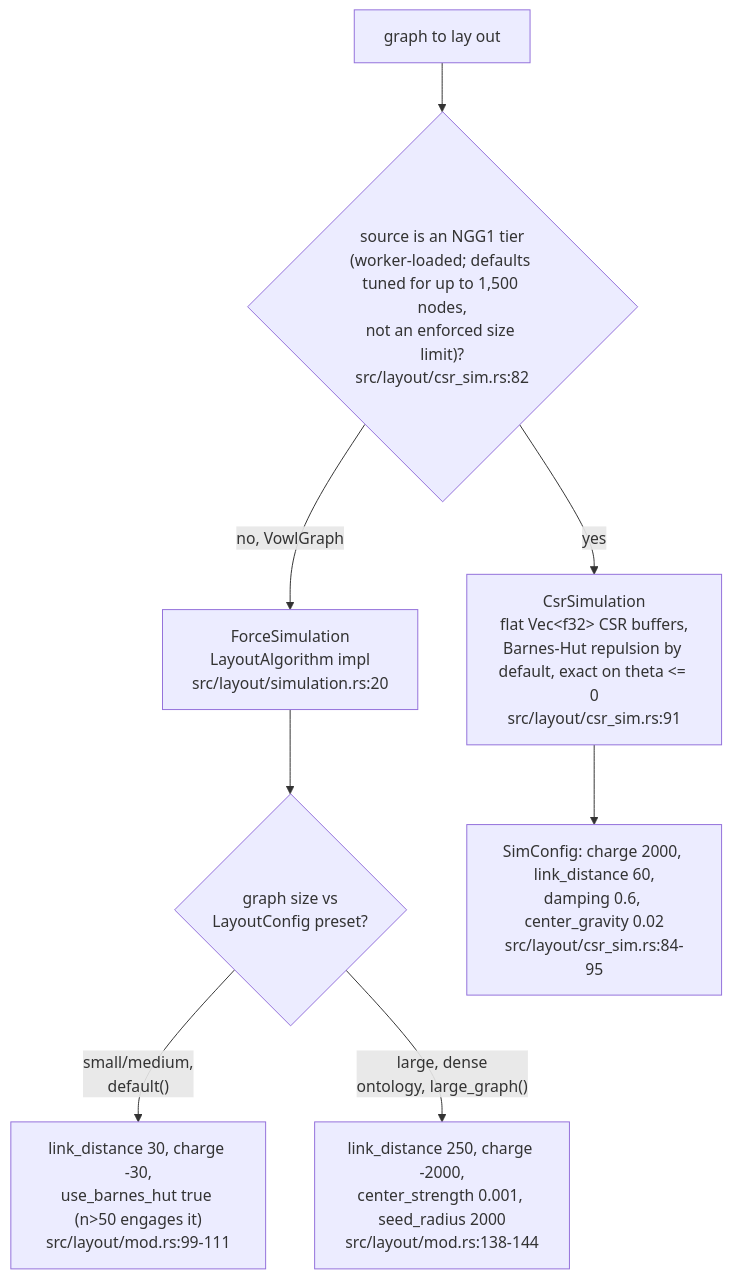
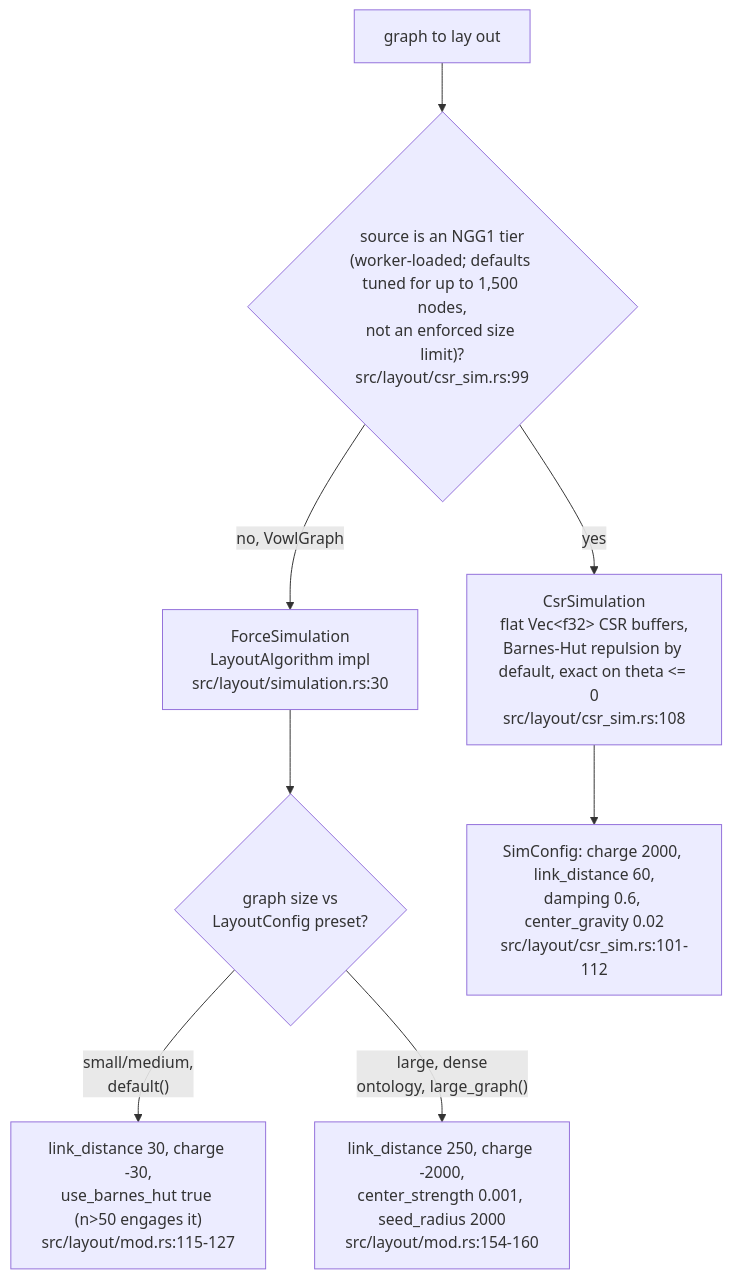
The ninth of 10 diagrams in docs/diagrams/vowl-wasm/03-force-layout-lifecycle.md (DreamLab-AI/VisionFlow), drawn with Mermaid before and after one commit. The commit also changed other lines of this file and 5 other files, not shown here.

First line of the commit message:
docs(diagrams): vowl-wasm re-verified at v0.4.0 (0779174)

````diff
--- a/docs/diagrams/vowl-wasm/03-force-layout-lifecycle.md
+++ b/docs/diagrams/vowl-wasm/03-force-layout-lifecycle.md
@@ -186,10 +208,10 @@
 ```mermaid
 flowchart TB
-    N["graph to lay out"] --> SRC{"source is an NGG1 tier<br/>(worker-loaded; defaults tuned for up to 1,500 nodes,<br/>not an enforced size limit)?<br/>src/layout/csr_sim.rs:82"}
-    SRC -->|yes| CSR["CsrSimulation<br/>flat Vec&lt;f32&gt; CSR buffers,<br/>Barnes-Hut repulsion by default, exact on theta &lt;= 0<br/>src/layout/csr_sim.rs:91"]
-    SRC -->|no, VowlGraph| FSIM["ForceSimulation<br/>LayoutAlgorithm impl<br/>src/layout/simulation.rs:20"]
+    N["graph to lay out"] --> SRC{"source is an NGG1 tier<br/>(worker-loaded; defaults tuned for up to 1,500 nodes,<br/>not an enforced size limit)?<br/>src/layout/csr_sim.rs:99"}
+    SRC -->|yes| CSR["CsrSimulation<br/>flat Vec&lt;f32&gt; CSR buffers,<br/>Barnes-Hut repulsion by default, exact on theta &lt;= 0<br/>src/layout/csr_sim.rs:108"]
+    SRC -->|no, VowlGraph| FSIM["ForceSimulation<br/>LayoutAlgorithm impl<br/>src/layout/simulation.rs:30"]
     FSIM --> SIZE{"graph size vs<br/>LayoutConfig preset?"}
-    SIZE -->|"small/medium,<br/>default()"| DFLT["link_distance 30, charge -30,<br/>use_barnes_hut true (n&gt;50 engages it)<br/>src/layout/mod.rs:99-111"]
-    SIZE -->|"large, dense<br/>ontology, large_graph()"| BIG["link_distance 250, charge -2000,<br/>center_strength 0.001, seed_radius 2000<br/>src/layout/mod.rs:138-144"]
-    CSR --> TUNE["SimConfig: charge 2000, link_distance 60,<br/>damping 0.6, center_gravity 0.02<br/>src/layout/csr_sim.rs:84-95"]
+    SIZE -->|"small/medium,<br/>default()"| DFLT["link_distance 30, charge -30,<br/>use_barnes_hut true (n&gt;50 engages it)<br/>src/layout/mod.rs:115-127"]
+    SIZE -->|"large, dense<br/>ontology, large_graph()"| BIG["link_distance 250, charge -2000,<br/>center_strength 0.001, seed_radius 2000<br/>src/layout/mod.rs:154-160"]
+    CSR --> TUNE["SimConfig: charge 2000, link_distance 60,<br/>damping 0.6, center_gravity 0.02<br/>src/layout/csr_sim.rs:101-112"]
 ```
````
